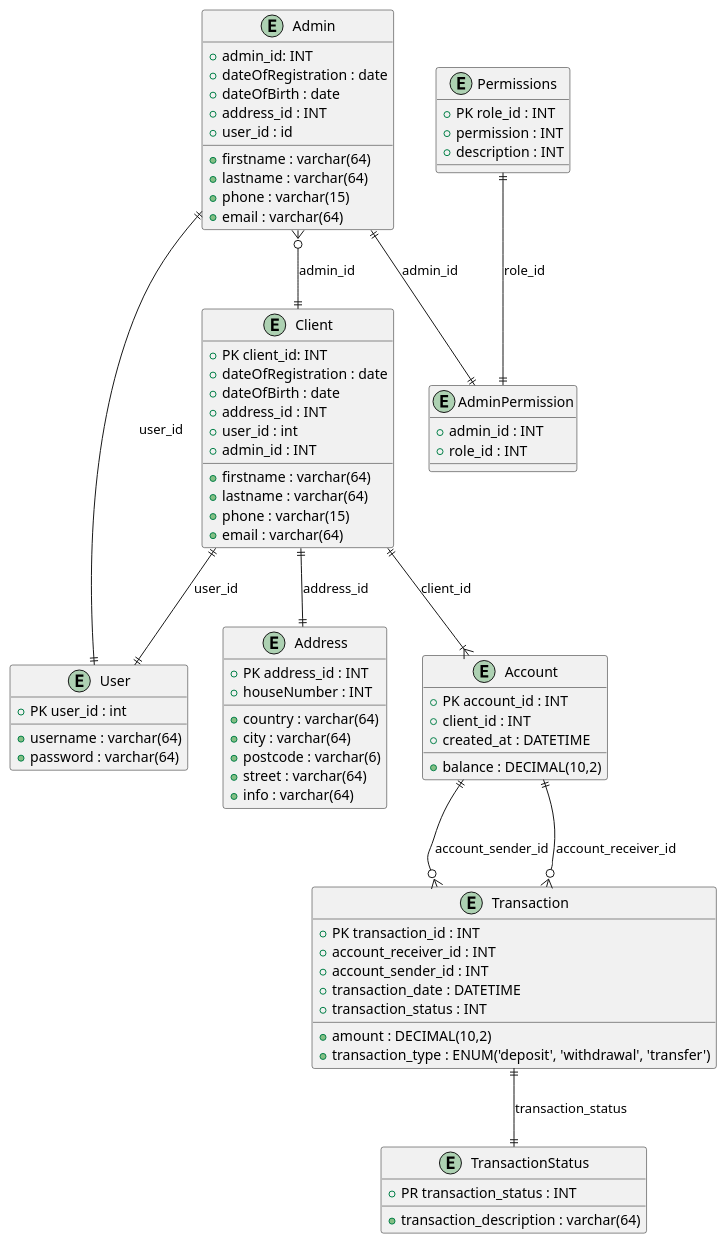
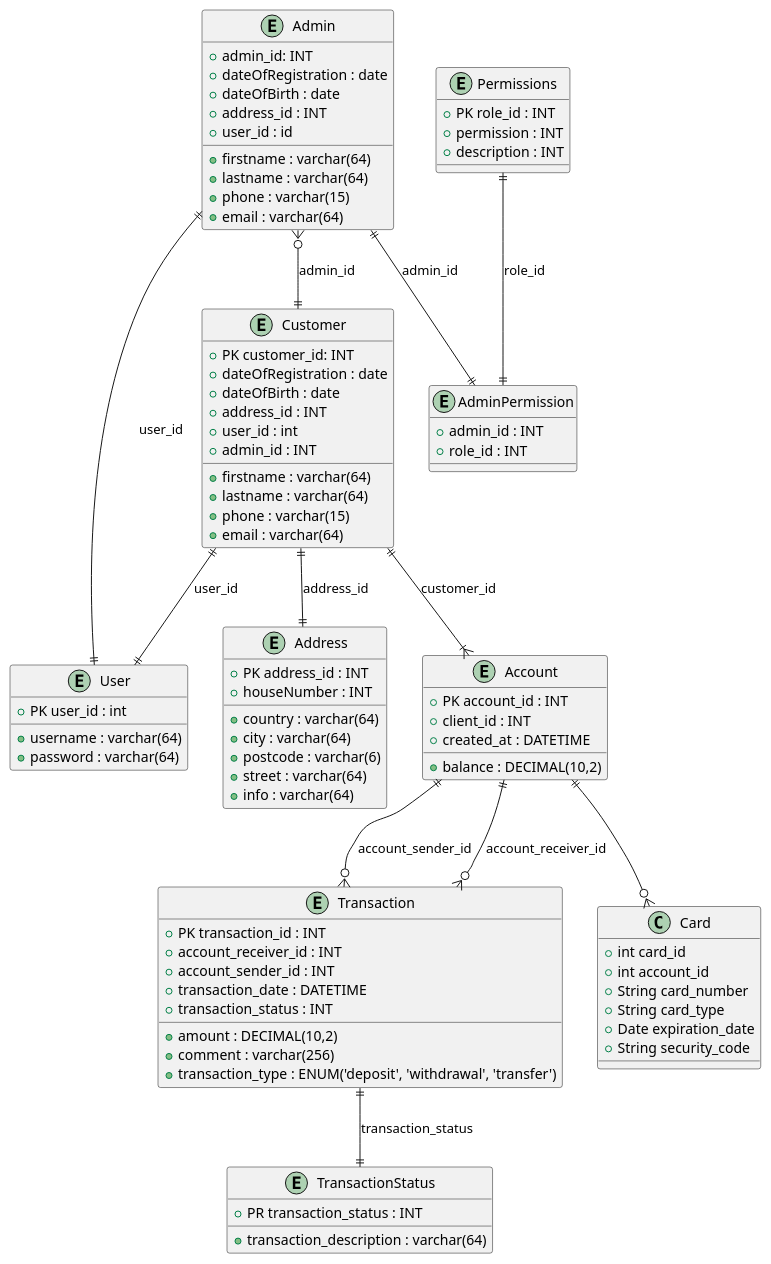
The diagram in src/Diagram.puml (jolivuk/ProjectBankSystem), drawn with PlantUML before and after one commit. The commit also changed 2 other files, not shown here.

Commit message:
Diagram.puml was changed

```diff
--- a/src/Diagram.puml
+++ b/src/Diagram.puml
@@ -1,91 +1,101 @@
 @startuml
 'https://plantuml.com/sequence-diagram
 
 entity User{
     + PK user_id : int
     + username : varchar(64)
     + password : varchar(64)
 }
 
-entity Client{
-    + PK client_id: INT
+entity Customer{
+    + PK customer_id: INT
     + firstname : varchar(64)
     + lastname : varchar(64)
     + dateOfRegistration : date
     + dateOfBirth : date
     + address_id : INT
     + phone : varchar(15)
     + user_id : int
     + email : varchar(64)
     + admin_id : INT
 }
 
 entity Admin{
     + admin_id: INT
     + firstname : varchar(64)
     + lastname : varchar(64)
     + dateOfRegistration : date
     + dateOfBirth : date
     + address_id : INT
     + phone : varchar(15)
     + user_id : id
     + email : varchar(64)
 }
 
 entity Address{
     + PK address_id : INT
     + country : varchar(64)
     + city : varchar(64)
     + postcode : varchar(6)
     + street : varchar(64)
     + houseNumber : INT
     + info : varchar(64)
 }
 
 entity AdminPermission{
     + admin_id : INT
     + role_id : INT
 }
 
 entity Permissions{
     + PK role_id : INT
     + permission : INT
     + description : INT
 }
 
 entity Account {
     + PK account_id : INT
     + client_id : INT
     + balance : DECIMAL(10,2)
     + created_at : DATETIME
 }
 
 entity Transaction {
     + PK transaction_id : INT
     + account_receiver_id : INT
     + account_sender_id : INT
     + amount : DECIMAL(10,2)
+    + comment : varchar(256)
     + transaction_date : DATETIME
     + transaction_type : ENUM('deposit', 'withdrawal', 'transfer')
     + transaction_status : INT
 }
 
 entity TransactionStatus{
     + PR transaction_status : INT
     + transaction_description : varchar(64)
 }
 
+class Card {
+    +int card_id
+    +int account_id
+    +String card_number
+    +String card_type
+    +Date expiration_date
+    +String security_code
+}
 
-Client ||--|| Address : address_id
-Client ||--|| User : user_id
-Client ||--|{ Account : client_id
+
+Customer ||--|| Address : address_id
+Customer ||--|| User : user_id
+Customer ||--|{ Account : customer_id
 Admin ||--|| User : user_id
 Admin ||--|| AdminPermission : admin_id
 Permissions ||--|| AdminPermission : role_id
 Account ||--o{ Transaction : account_sender_id
 Account ||--o{ Transaction : account_receiver_id
-Admin }o--|| Client : admin_id
+Admin }o--|| Customer : admin_id
 Transaction ||--|| TransactionStatus : transaction_status
-
+Account ||--o{ Card
 
 @enduml
```
